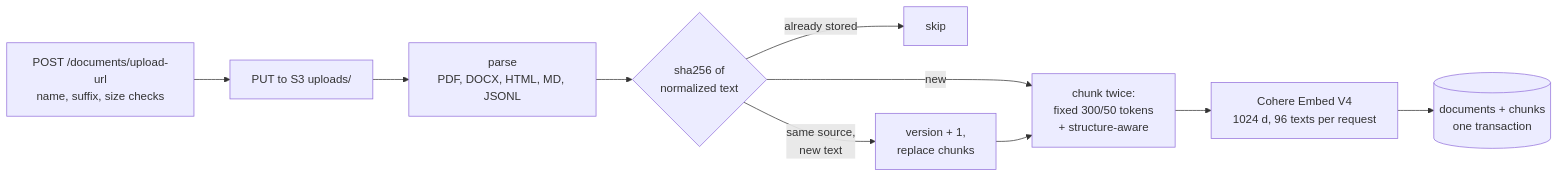
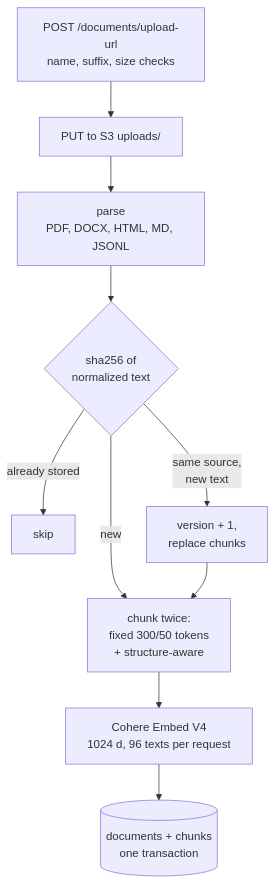
The second of 4 diagrams in README.md (Pro100Sergosha/investigation-engine), drawn with Mermaid before and after one commit. The commit also changed other lines of this file, not shown here.

Commit message:
Draw the system and ingest diagrams top to bottom so their text stays readable
Claude-Session: https://claude.ai/code/session_01VYMXEh4GgXWG7jGWp8uhGh

````diff
--- a/README.md
+++ b/README.md
@@ -100,12 +100,12 @@
 ```mermaid
-flowchart LR
+flowchart TB
     a["POST /documents/upload-url<br/>name, suffix, size checks"] --> b["PUT to S3 uploads/"]
     b --> c["parse<br/>PDF, DOCX, HTML, MD, JSONL"]
     c --> d{"sha256 of<br/>normalized text"}
     d -- "already stored" --> skip["skip"]
     d -- "same source,<br/>new text" --> upd["version + 1,<br/>replace chunks"]
     d -- "new" --> e["chunk twice:<br/>fixed 300/50 tokens<br/>+ structure-aware"]
     upd --> e
     e --> f["Cohere Embed V4<br/>1024 d, 96 texts per request"]
     f --> g[("documents + chunks<br/>one transaction")]
 ```
````
